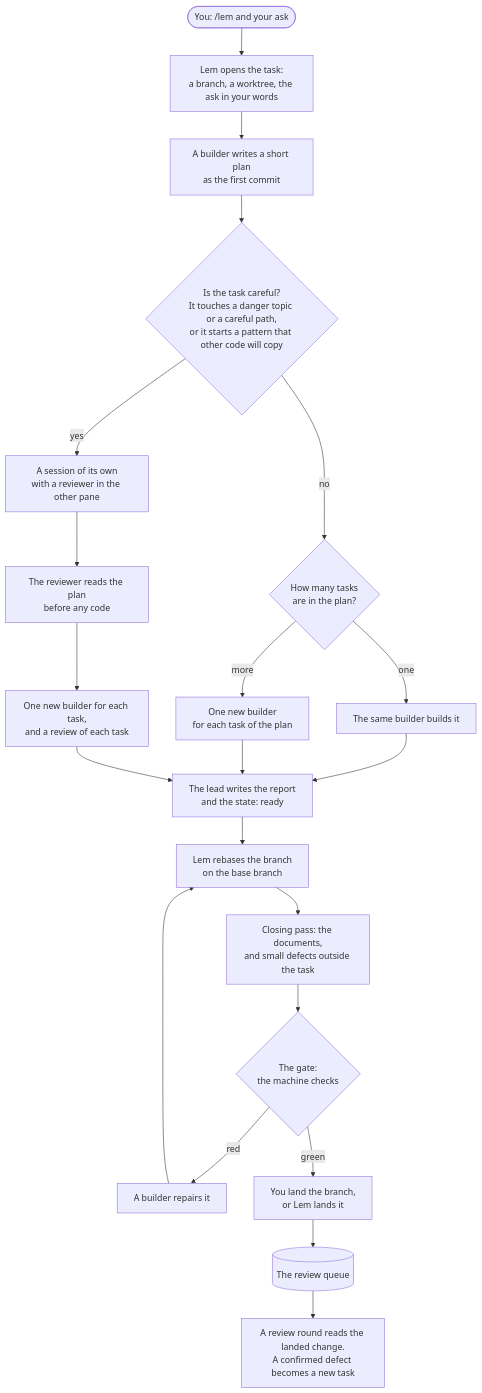
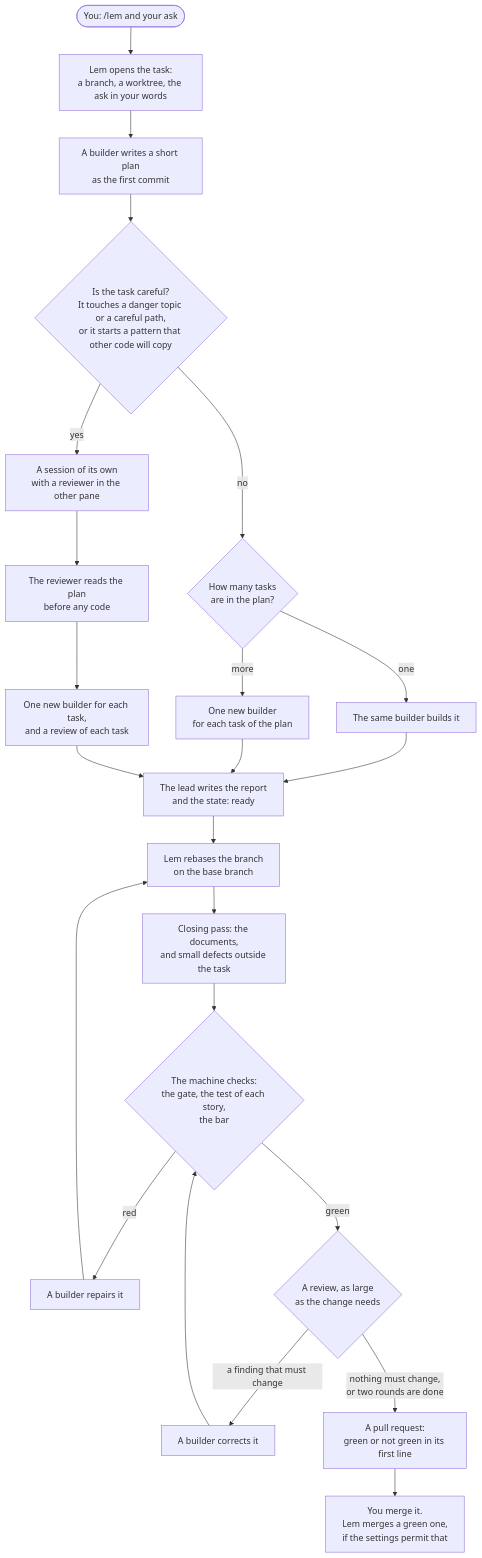
One commit to pySilver/lem changed the first of 3 diagrams in README.md. Above: the diagram before and after it, drawn with Mermaid. The commit also changed other lines of this file and 11 other files, not shown here.

First line of the commit message:
feat(lem): the review queue goes: its script, its stage, its place on the board and in the README

````diff
--- a/README.md
+++ b/README.md
@@ -103,22 +115,23 @@
 ```mermaid
 flowchart TD
     ask([You: /lem and your ask]) --> open[Lem opens the task:<br/>a branch, a worktree, the ask in your words]
     open --> plan[A builder writes a short plan<br/>as the first commit]
     plan --> careful{Is the task careful?<br/>It touches a danger topic or a careful path,<br/>or it starts a pattern that other code will copy}
     careful -- no --> count{How many tasks<br/>are in the plan?}
     count -- one --> same[The same builder builds it]
     count -- more --> build[One new builder<br/>for each task of the plan]
     careful -- yes --> session[A session of its own<br/>with a reviewer in the other pane]
     session --> opinion[The reviewer reads the plan<br/>before any code]
     opinion --> buildc[One new builder for each task,<br/>and a review of each task]
     same --> report[The lead writes the report<br/>and the state: ready]
     build --> report
     buildc --> report
     report --> base[Lem rebases the branch<br/>on the base branch]
     base --> closing[Closing pass: the documents,<br/>and small defects outside the task]
-    closing --> gate{The gate:<br/>the machine checks}
+    closing --> gate{The machine checks:<br/>the gate, the test of each story,<br/>the bar}
     gate -- red --> repair[A builder repairs it] --> base
-    gate -- green --> land[You land the branch,<br/>or Lem lands it]
-    land --> queue[(The review queue)]
-    queue --> review[A review round reads the landed change.<br/>A confirmed defect becomes a new task]
+    gate -- green --> review{A review, as large<br/>as the change needs}
+    review -- a finding that must change --> fix[A builder corrects it] --> gate
+    review -- nothing must change,<br/>or two rounds are done --> pr[A pull request:<br/>green or not green in its first line]
+    pr --> merge[You merge it.<br/>Lem merges a green one,<br/>if the settings permit that]
 ```
````
